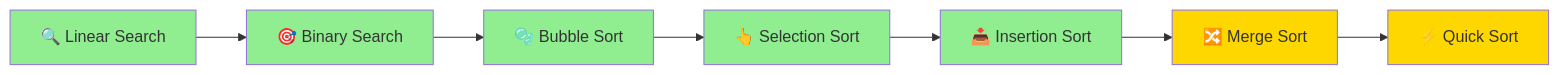
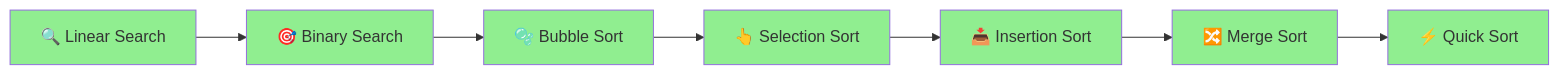
Before and after one commit to Shivambansal96/Shreyas-Engineering-Clg-Hyd: the diagram in Readme.md, drawn with Mermaid. The commit also changed other lines of this file and 2 other files, not shown here.

````diff
--- a/Readme.md
+++ b/Readme.md
@@ -78,17 +88,17 @@
 ```mermaid
 graph LR
     A[🔍 Linear Search] --> B[🎯 Binary Search]
     B --> C[🫧 Bubble Sort]
     C --> D[👆 Selection Sort]
     D --> E[📥 Insertion Sort]
     E --> F[🔀 Merge Sort]
     F --> G[⚡ Quick Sort]
     
     style A fill:#90EE90
     style B fill:#90EE90
     style C fill:#90EE90
     style D fill:#90EE90
     style E fill:#90EE90
-    style F fill:#FFD700
-    style G fill:#FFD700
+    style F fill:#90EE90
+    style G fill:#90EE90
 ```
````
